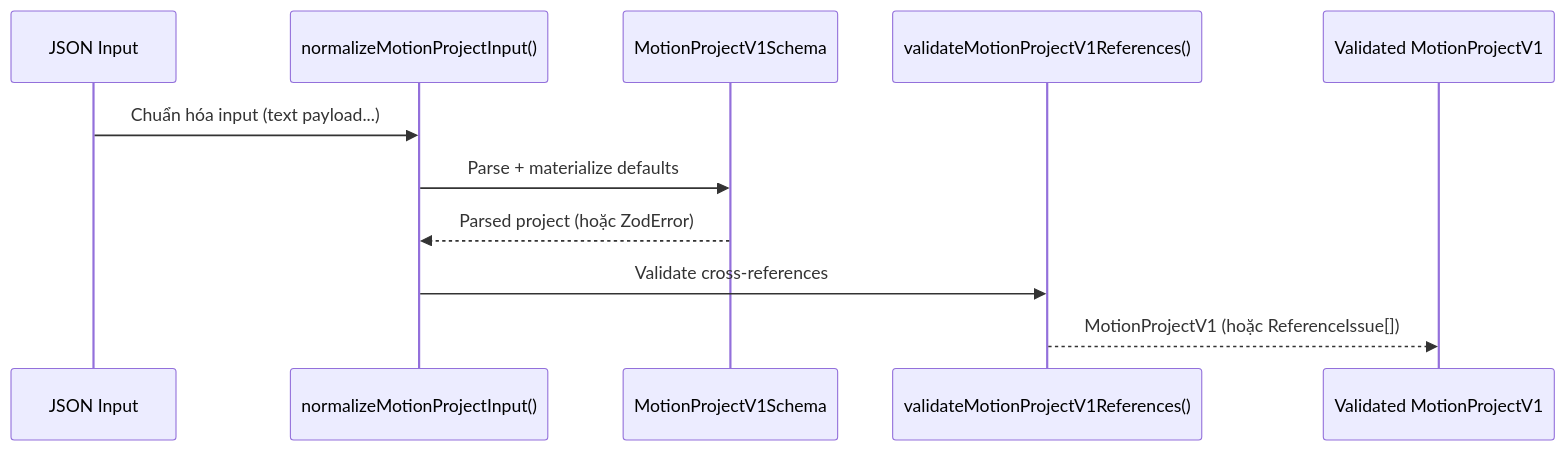
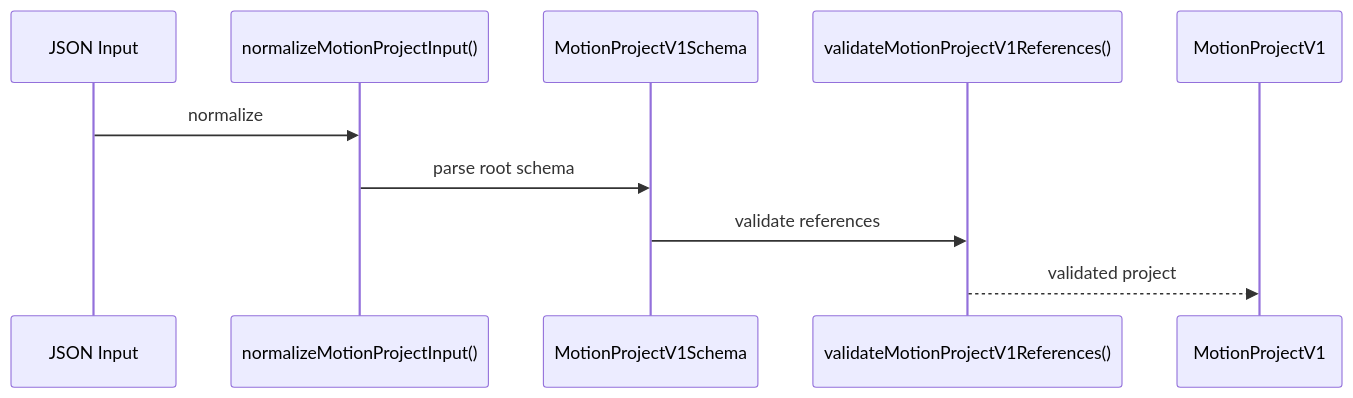
Before and after one commit to mankhb2k/neonix-native: the diagram in docs/guide/v1-format-guide.md, drawn with Mermaid. The commit also changed other lines of this file and 89 other files, not shown here.

````diff
--- a/docs/guide/v1-format-guide.md
+++ b/docs/guide/v1-format-guide.md
@@ -529,14 +102,13 @@
 ```mermaid
 sequenceDiagram
     participant Input as JSON Input
-    participant Norm as normalizeMotionProjectInput()
+    participant Normalize as normalizeMotionProjectInput()
     participant Schema as MotionProjectV1Schema
     participant Refs as validateMotionProjectV1References()
-    participant Output as Validated MotionProjectV1
+    participant Output as MotionProjectV1
 
-    Input->>Norm: Chuẩn hóa input (text payload...)
-    Norm->>Schema: Parse + materialize defaults
-    Schema-->>Norm: Parsed project (hoặc ZodError)
-    Norm->>Refs: Validate cross-references
-    Refs-->>Output: MotionProjectV1 (hoặc ReferenceIssue[])
+    Input->>Normalize: normalize
+    Normalize->>Schema: parse root schema
+    Schema->>Refs: validate references
+    Refs-->>Output: validated project
 ```
````
